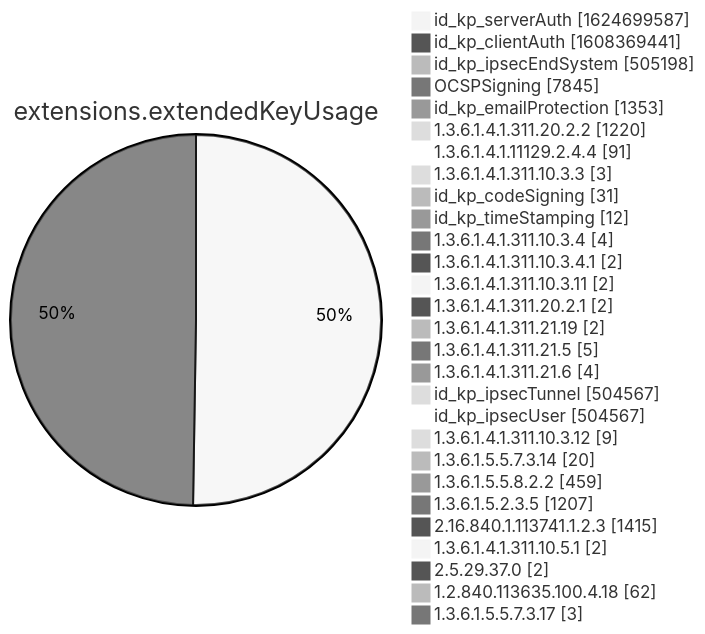
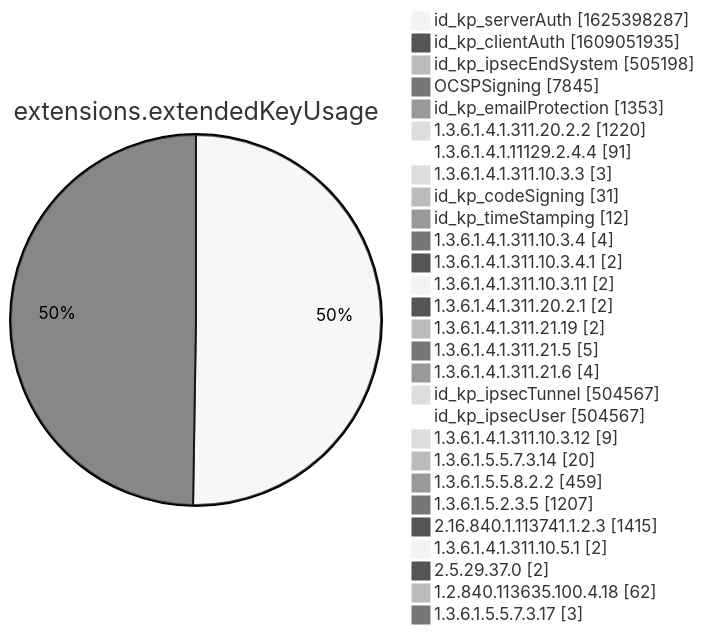
Before and after one commit to christiankrug/ctmonitor_visualization: diagram 12 of 15 in xenon2022/README.md, drawn with Mermaid (neutral theme). The commit also changed other lines of this file, not shown here.

````diff
--- a/xenon2022/README.md
+++ b/xenon2022/README.md
@@ -3886,32 +3886,32 @@
 ```mermaid
 pie showData
 title extensions.extendedKeyUsage
-"id_kp_serverAuth" :1624699587
-"id_kp_clientAuth" :1608369441
+"id_kp_serverAuth" :1625398287
+"id_kp_clientAuth" :1609051935
 "id_kp_ipsecEndSystem" :505198
 "OCSPSigning" :7845
 "id_kp_emailProtection" :1353
 "1.3.6.1.4.1.311.20.2.2" :1220
 "1.3.6.1.4.1.11129.2.4.4" :91
 "1.3.6.1.4.1.311.10.3.3" :3
 "id_kp_codeSigning" :31
 "id_kp_timeStamping" :12
 "1.3.6.1.4.1.311.10.3.4" :4
 "1.3.6.1.4.1.311.10.3.4.1" :2
 "1.3.6.1.4.1.311.10.3.11" :2
 "1.3.6.1.4.1.311.20.2.1" :2
 "1.3.6.1.4.1.311.21.19" :2
 "1.3.6.1.4.1.311.21.5" :5
 "1.3.6.1.4.1.311.21.6" :4
 "id_kp_ipsecTunnel" :504567
 "id_kp_ipsecUser" :504567
 "1.3.6.1.4.1.311.10.3.12" :9
 "1.3.6.1.5.5.7.3.14" :20
 "1.3.6.1.5.5.8.2.2" :459
 "1.3.6.1.5.2.3.5" :1207
 "2.16.840.1.113741.1.2.3" :1415
 "1.3.6.1.4.1.311.10.5.1" :2
 "2.5.29.37.0" :2
 "1.2.840.113635.100.4.18" :62
 "1.3.6.1.5.5.7.3.17" :3
 ```
````
